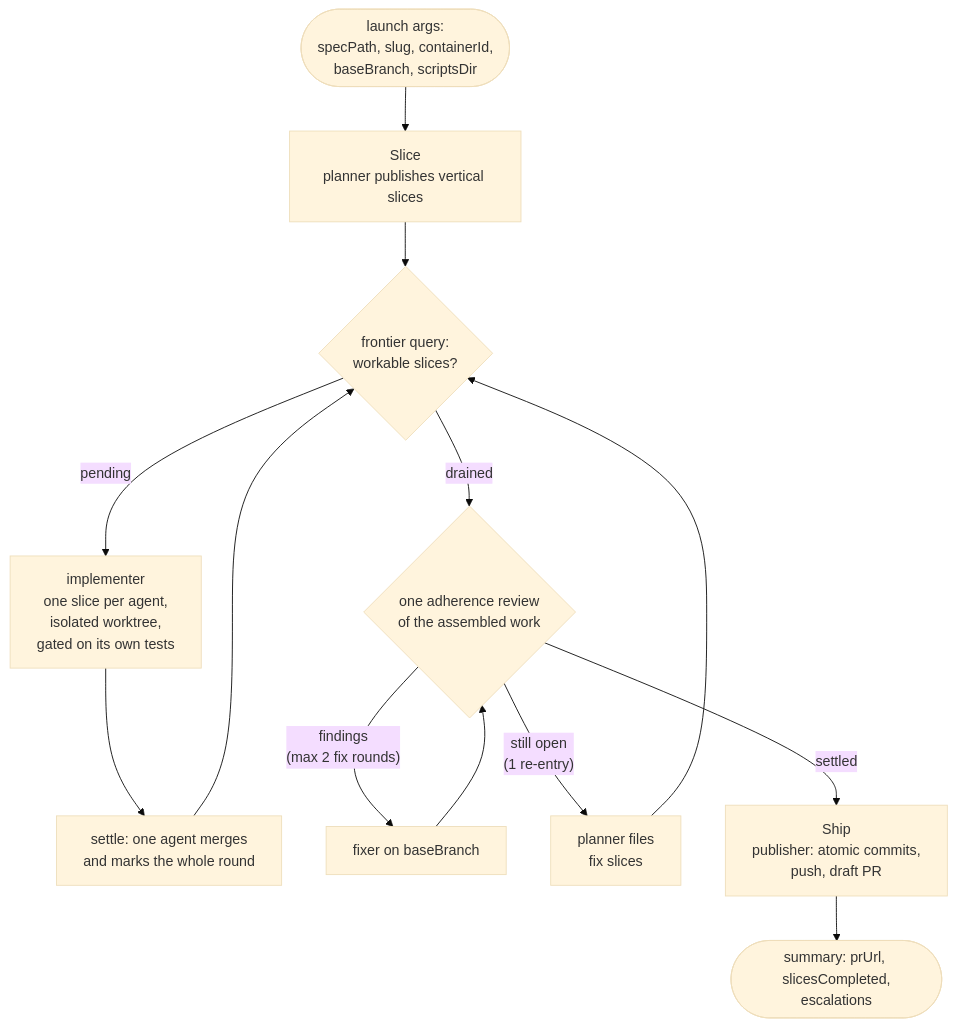
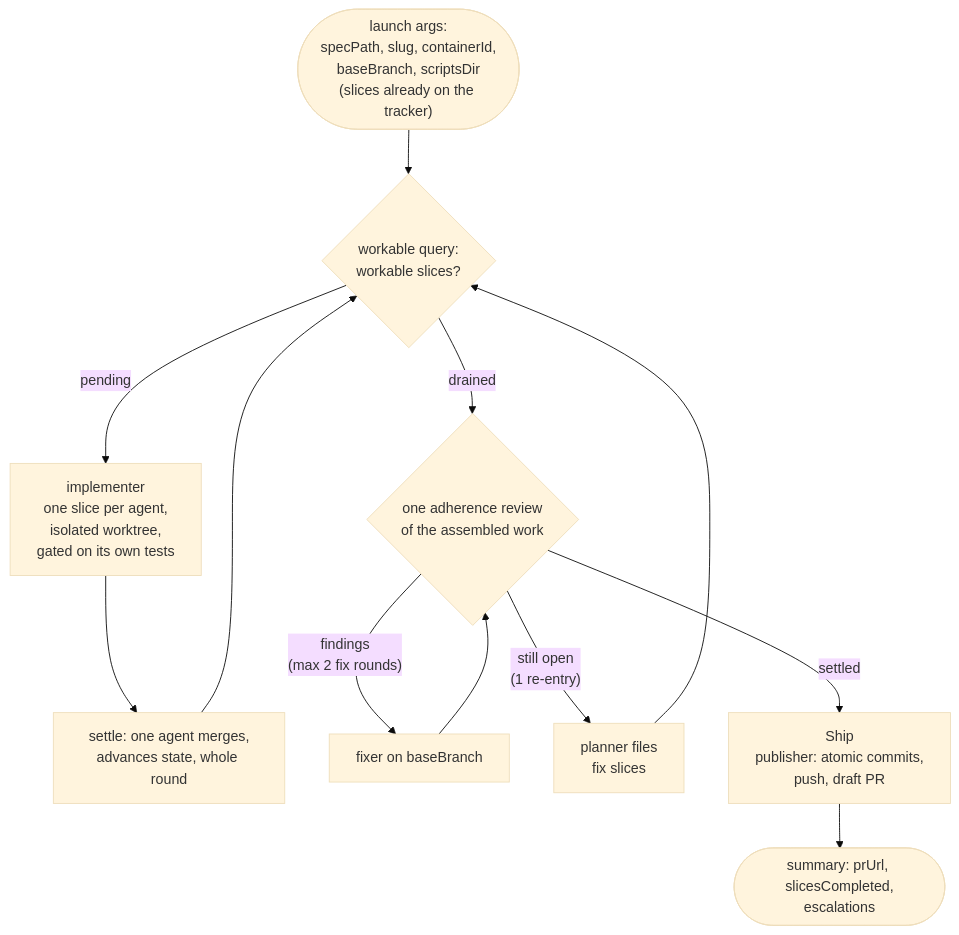
The second of 2 diagrams in plugins/swe/README.md (kpeez/agent-toolbox), drawn with Mermaid (base theme) before and after one commit. The commit also changed other lines of this file and 3 other files, not shown here.

````diff
--- a/plugins/swe/README.md
+++ b/plugins/swe/README.md
@@ -72,15 +72,14 @@
 ```mermaid
 flowchart TD
-  L(["launch args:<br/>specPath, slug, containerId,<br/>baseBranch, scriptsDir"]) --> S["Slice<br/>planner publishes vertical slices"]
-  S --> F{"frontier query:<br/>workable slices?"}
+  L(["launch args:<br/>specPath, slug, containerId,<br/>baseBranch, scriptsDir<br/>(slices already on the tracker)"]) --> F{"workable query:<br/>workable slices?"}
   F -- "pending" --> IM["implementer<br/>one slice per agent,<br/>isolated worktree,<br/>gated on its own tests"]
-  IM --> M["settle: one agent merges<br/>and marks the whole round"]
+  IM --> M["settle: one agent merges,<br/>advances state, whole round"]
   M --> F
   F -- "drained" --> R{"one adherence review<br/>of the assembled work"}
   R -- "findings<br/>(max 2 fix rounds)" --> FX["fixer on baseBranch"]
   FX --> R
   R -- "still open<br/>(1 re-entry)" --> FF["planner files<br/>fix slices"]
   FF --> F
   R -- "settled" --> SH["Ship<br/>publisher: atomic commits,<br/>push, draft PR"]
   SH --> OUT(["summary: prUrl, slicesCompleted,<br/>escalations"])
 ```
````
